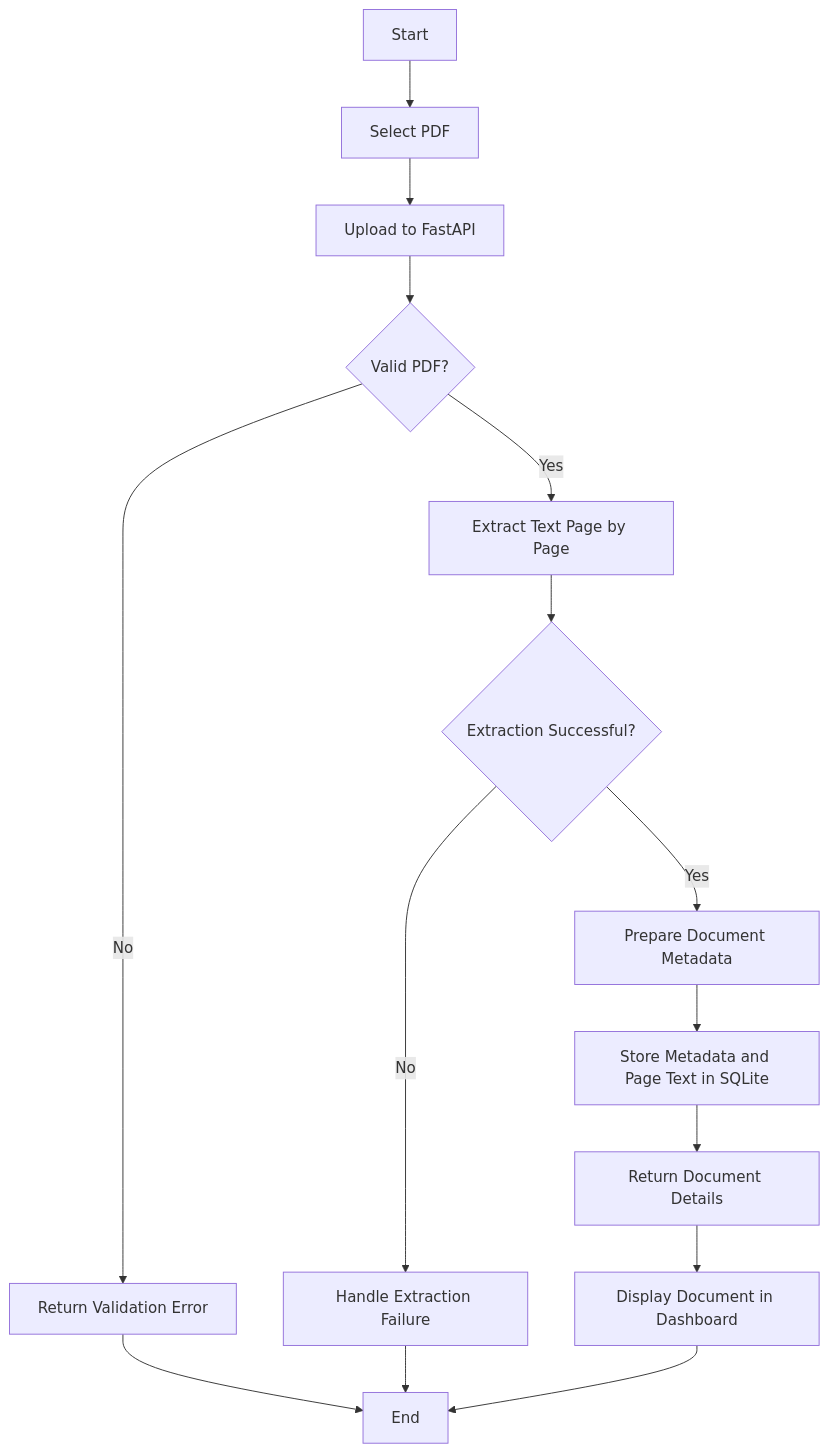
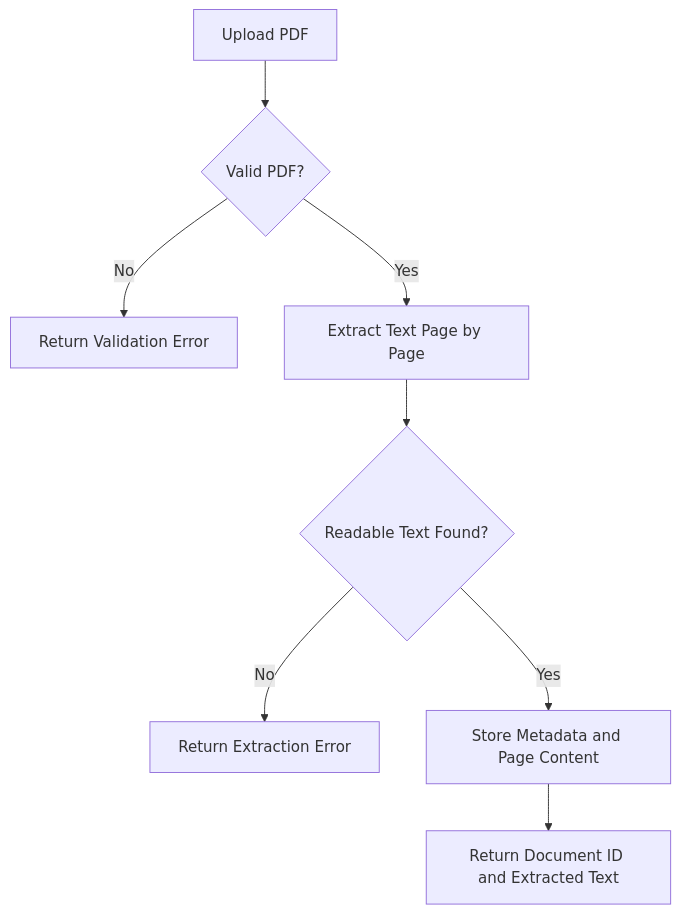
Before and after one commit to rajshreesinha-23/regulalens-ai: the second of 3 diagrams in README.md, drawn with Mermaid. The commit also changed other lines of this file, not shown here.

````diff
--- a/README.md
+++ b/README.md
@@ -146,21 +137,10 @@
 ```mermaid
 flowchart TD
-    A["Start"] --> B["Select PDF"]
-    B --> C["Upload to FastAPI"]
-    C --> D{"Valid PDF?"}
-
-    D -- No --> E["Return Validation Error"]
-    E --> Z["End"]
-
-    D -- Yes --> F["Extract Text Page by Page"]
-    F --> G{"Extraction Successful?"}
-
-    G -- No --> H["Handle Extraction Failure"]
-    H --> Z
-
-    G -- Yes --> I["Prepare Document Metadata"]
-    I --> J["Store Metadata and Page Text in SQLite"]
-    J --> K["Return Document Details"]
-    K --> L["Display Document in Dashboard"]
-    L --> Z["End"]
+    A[Upload PDF] --> B{Valid PDF?}
+    B -- No --> C[Return Validation Error]
+    B -- Yes --> D[Extract Text Page by Page]
+    D --> E{Readable Text Found?}
+    E -- No --> F[Return Extraction Error]
+    E -- Yes --> G[Store Metadata and Page Content]
+    G --> H[Return Document ID and Extracted Text]
 ```
````
